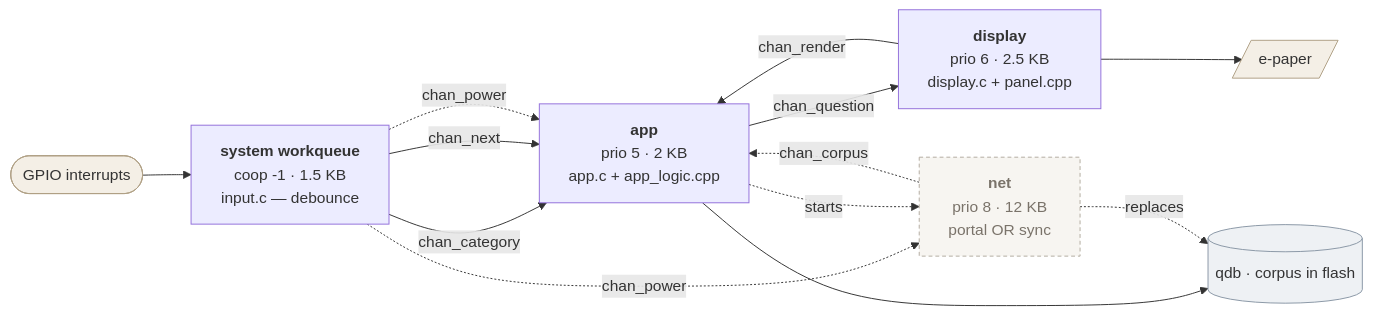
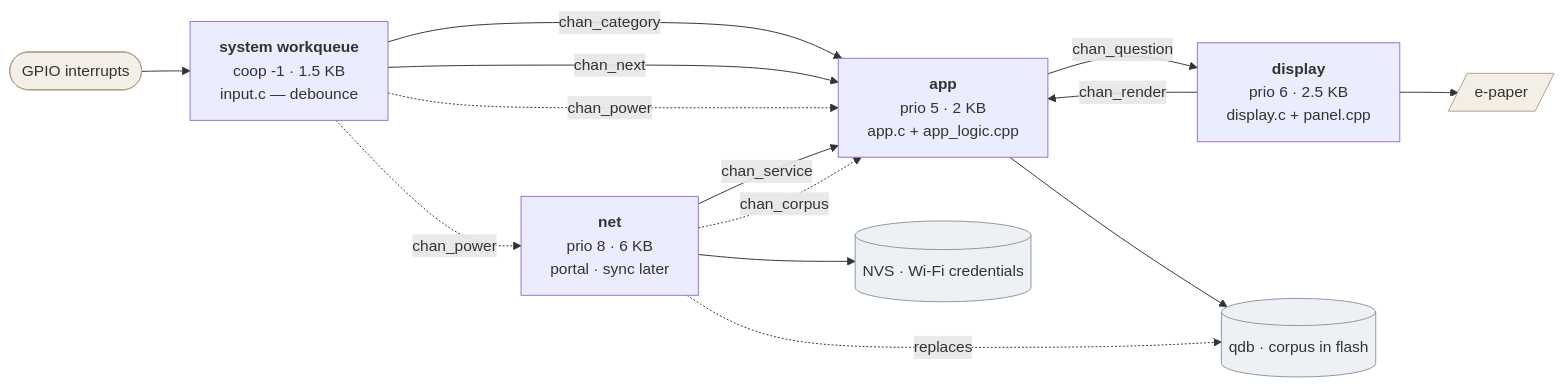
The first of 13 diagrams in docs/firmware_architecture.md (giacomomellone/cicala), drawn with Mermaid before and after one commit. The commit also changed other lines of this file and 5 other files, not shown here.

````diff
--- a/docs/firmware_architecture.md
+++ b/docs/firmware_architecture.md
@@ -34,37 +35,38 @@
 ```mermaid
 flowchart LR
     ISR([GPIO interrupts]):::hw --> WQ
 
     WQ["`**system workqueue**
     coop -1 · 1.5 KB
     input.c — debounce`"]
 
     APP["`**app**
     prio 5 · 2 KB
     app.c + app_logic.cpp`"]
 
     DSP["`**display**
     prio 6 · 2.5 KB
     display.c + panel.cpp`"]
 
     NET["`**net**
-    prio 8 · 12 KB
-    portal OR sync`"]:::todo
+    prio 8 · 6 KB
+    portal · sync later`"]
 
     WQ -- chan_category --> APP
     WQ -- chan_next --> APP
     WQ -. chan_power .-> APP
     WQ -. chan_power .-> NET
     APP -- chan_question --> DSP
     DSP -- chan_render --> APP
+    NET -- chan_service --> APP
     NET -. chan_corpus .-> APP
-    APP -. starts .-> NET
 
     DSP --> PANEL[/e-paper/]:::hw
     APP --> QDB[(qdb · corpus in flash)]:::store
+    NET --> NVS[(NVS · Wi-Fi credentials)]:::store
     NET -. replaces .-> QDB
 
     classDef hw fill:#f4efe6,stroke:#b0a086
     classDef store fill:#eef1f4,stroke:#8a97a6
     classDef todo fill:#f7f5f1,stroke:#b3aca0,stroke-dasharray:4 3,color:#7a736a
 ```
````
